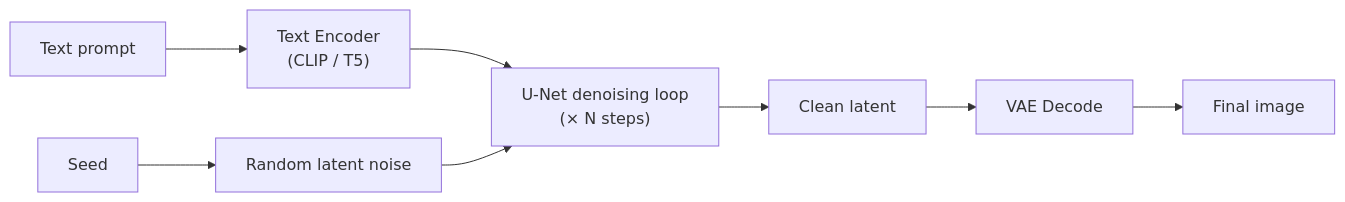
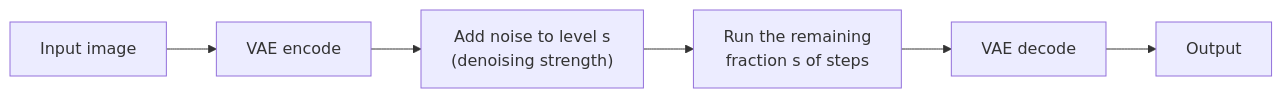
One commit to AndrewAltimit/Documentation changed the seventh of 7 diagrams in github-pages/docs/ai-ml/stable-diffusion-fundamentals.md. Above: the diagram before and after it, drawn with Mermaid. The commit also changed other lines of this file and 240 other files, not shown here.

````diff
--- a/github-pages/docs/ai-ml/stable-diffusion-fundamentals.md
+++ b/github-pages/docs/ai-ml/stable-diffusion-fundamentals.md
@@ -162,10 +269,5 @@
 ```mermaid
 flowchart LR
-    Prompt["Text prompt"] --> TE["Text Encoder<br/>(CLIP / T5)"]
-    Seed["Seed"] --> Noise["Random latent noise"]
-    TE --> Loop
-    Noise --> Loop["U-Net denoising loop<br/>(× N steps)"]
-    Loop --> Latent["Clean latent"]
-    Latent --> VAE["VAE Decode"]
-    VAE --> Img["Final image"]
+    In["Input image"] --> E["VAE encode"] --> Add["Add noise to level s<br/>(denoising strength)"]
+    Add --> Loop["Run the remaining<br/>fraction s of steps"] --> Dec["VAE decode"] --> Out["Output"]
 ```
````
